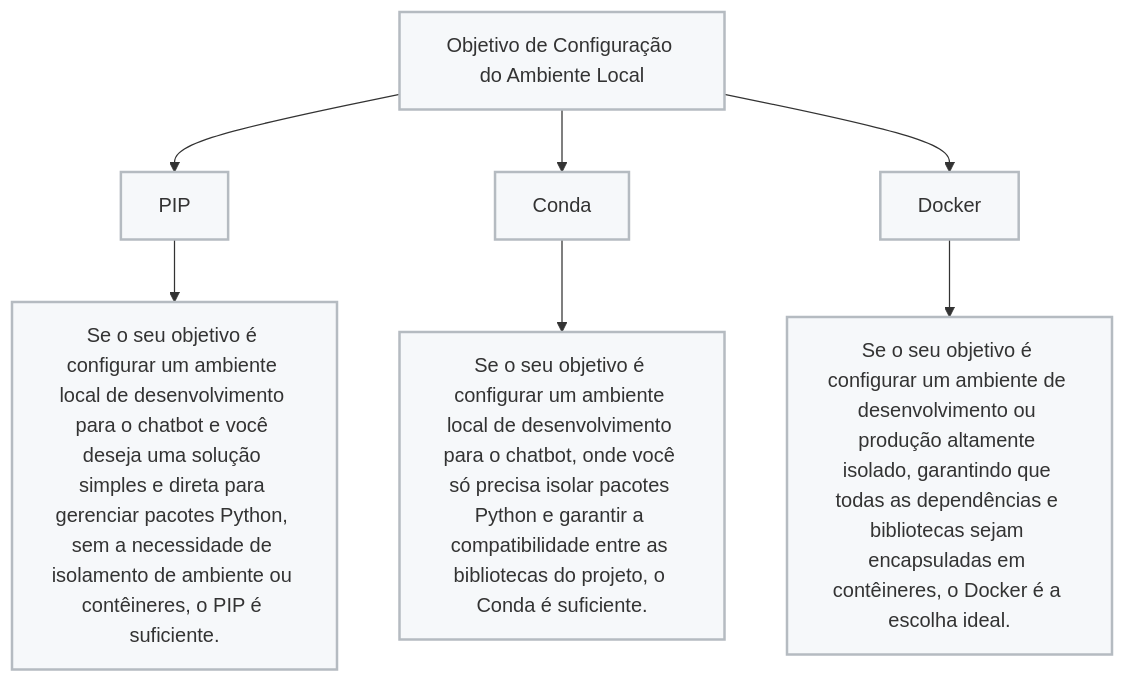
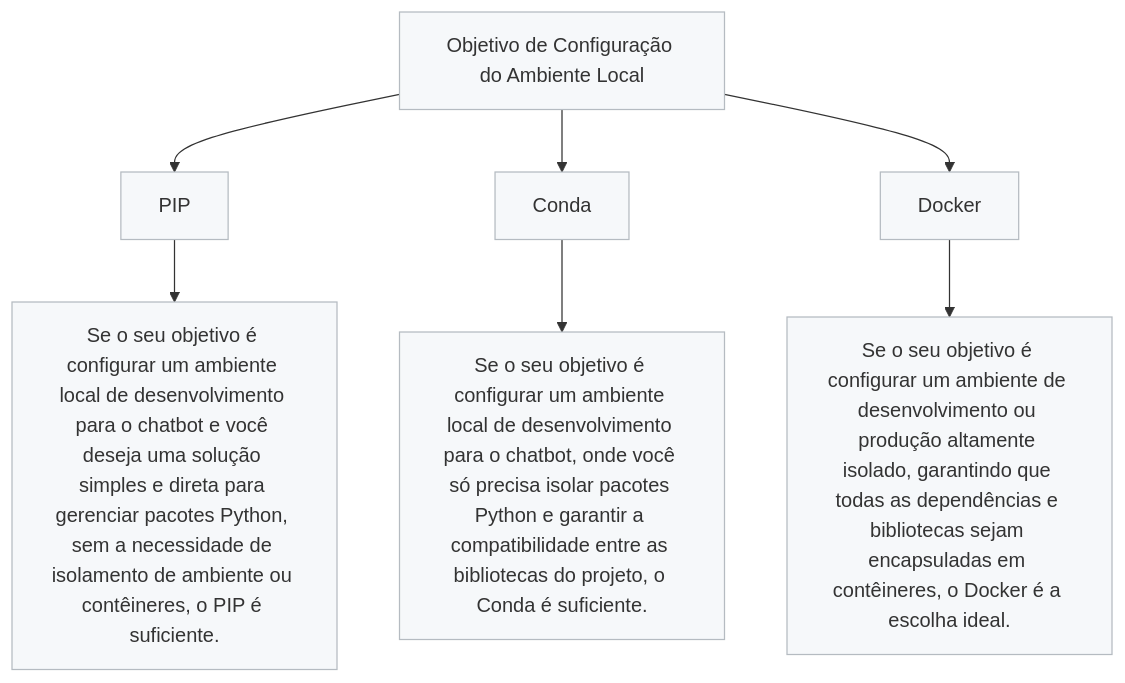
Before and after one commit to Mayvon/Chatbot-no-WhatsApp-com-LLaMA-AI-no-Servidor-Local.md: the diagram in 1. Pré-requisitos.md, drawn with Mermaid.

Commit message:
Update 1. Pré-requisitos.md

````diff
--- a/1. Pré-requisitos.md
+++ b/1. Pré-requisitos.md
@@ -57,18 +57,18 @@
 ```mermaid
 graph TD;
     A[Objetivo de Configuração do Ambiente Local] --> B[PIP]
     A[Objetivo de Configuração do Ambiente Local] --> C[Conda]
     A[Objetivo de Configuração do Ambiente Local] --> D[Docker]
 
     B --> B1["Se o seu objetivo é configurar um ambiente local de desenvolvimento para o chatbot e você deseja uma solução simples e direta para gerenciar pacotes Python, sem a necessidade de isolamento de ambiente ou contêineres, o PIP é suficiente."]
     C --> C1["Se o seu objetivo é configurar um ambiente local de desenvolvimento para o chatbot, onde você só precisa isolar pacotes Python e garantir a compatibilidade entre as bibliotecas do projeto, o Conda é suficiente."]
     D --> D1["Se o seu objetivo é configurar um ambiente de desenvolvimento ou produção altamente isolado, garantindo que todas as dependências e bibliotecas sejam encapsuladas em contêineres, o Docker é a escolha ideal."]
     
-    style A fill:#f6f8fa,stroke:#b5bbc1,stroke-width:2px
-    style B fill:#f6f8fa,stroke:#b5bbc1,stroke-width:2px
-    style C fill:#f6f8fa,stroke:#b5bbc1,stroke-width:2px
-    style D fill:#f6f8fa,stroke:#b5bbc1,stroke-width:2px
-    style B1 fill:#f6f8fa,stroke:#b5bbc1,stroke-width:2px
-    style C1 fill:#f6f8fa,stroke:#b5bbc1,stroke-width:2px
-    style D1 fill:#f6f8fa,stroke:#b5bbc1,stroke-width:2px
+    style A fill:#f6f8fa,stroke:#b5bbc1,stroke-width:1px
+    style B fill:#f6f8fa,stroke:#b5bbc1,stroke-width:1px
+    style C fill:#f6f8fa,stroke:#b5bbc1,stroke-width:1px
+    style D fill:#f6f8fa,stroke:#b5bbc1,stroke-width:1px
+    style B1 fill:#f6f8fa,stroke:#b5bbc1,stroke-width:1px
+    style C1 fill:#f6f8fa,stroke:#b5bbc1,stroke-width:1px
+    style D1 fill:#f6f8fa,stroke:#b5bbc1,stroke-width:1px
 ```
````
